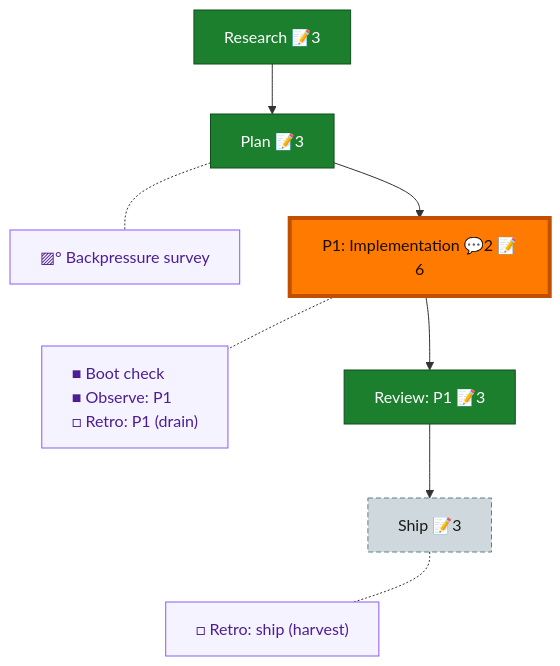
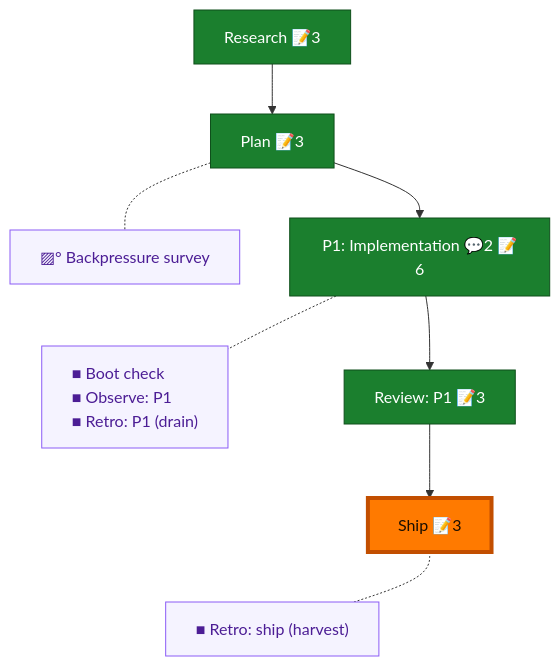
Before and after one commit to vaughanknight/pij: the diagram in docs/plans/036-pij-orchestration-baton/the-flow.md, drawn with Mermaid. The commit also changed other lines of this file and 42 other files, not shown here.

````diff
--- a/docs/plans/036-pij-orchestration-baton/the-flow.md
+++ b/docs/plans/036-pij-orchestration-baton/the-flow.md
@@ -8,29 +8,27 @@
 ```mermaid
 flowchart TD
     research["Research 📝3"]:::done
     plan["Plan 📝3"]:::done
-    phase_1["P1: Implementation 💬2 📝6"]:::wip
+    phase_1["P1: Implementation 💬2 📝6"]:::done
     review_1["Review: P1 📝3"]:::done
-    ship["Ship 📝3"]:::assumed
+    ship["Ship 📝3"]:::done
 
     research --> plan --> phase_1 --> review_1 --> ship
 
     planC["▨° Backpressure survey"]:::chore
-    phase_1C["■ Boot check<br/>■ Observe: P1<br/>□ Retro: P1 (drain)"]:::chore
-    shipC["□ Retro: ship (harvest)"]:::chore
+    phase_1C["■ Boot check<br/>■ Observe: P1<br/>■ Retro: P1 (drain)"]:::chore
+    shipC["■ Retro: ship (harvest)"]:::chore
 
     %% invisible chain holds the gutter boxes in their own column
     planC ~~~ phase_1C ~~~ shipC
 
     %% dotted links pull each gutter box beside its node
     plan -.- planC
     phase_1 -.- phase_1C
     ship -.- shipC
 
     classDef done fill:#1B7F2E,stroke:#0F4F1B,color:#fff;
-    classDef wip fill:#43C04A,stroke:#1B7F2E,color:#04210A;
-    classDef assumed fill:#CFD8DC,stroke:#607D8B,color:#1a1a1a,stroke-dasharray:5 3;
     classDef chore fill:#f5f3ff,stroke:#8b5cf6,color:#4c1d95,text-align:left;
     classDef current fill:#FF7A00,stroke:#C24E00,color:#1a0e00,stroke-width:4px;
-    class phase_1 current;
+    class ship current;
 ```
````
